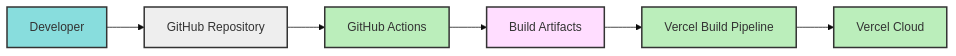
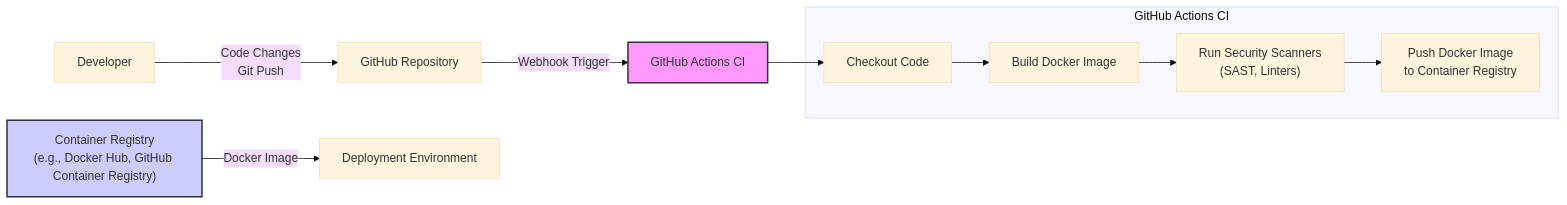
The fourth of 4 diagrams in examples/github-sec-design-screenshot-to-code-gemini-2.0-flash-thinking-exp.md (xvnpw/ai-security-analyzer), drawn with Mermaid (base theme) before and after one commit. The commit also changed other lines of this file and 102 other files, not shown here.

````diff
--- a/examples/github-sec-design-screenshot-to-code-gemini-2.0-flash-thinking-exp.md
+++ b/examples/github-sec-design-screenshot-to-code-gemini-2.0-flash-thinking-exp.md
@@ -258,15 +226,15 @@
 ```mermaid
-flowchart LR
-    A["Developer"]:::person --> B["GitHub Repository"]:::code_repo
-    B --> C["GitHub Actions"]:::ci_cd
-    C --> D["Build Artifacts"]:::artifact
-    D --> E["Vercel Build Pipeline"]:::deployment_pipeline
-    E --> F["Vercel Cloud"]:::deployment_env
-
-    classDef person fill:#8dd,stroke:#333,stroke-width:2px
-    classDef code_repo fill:#eee,stroke:#333,stroke-width:2px
-    classDef ci_cd fill:#beb,stroke:#333,stroke-width:2px
-    classDef artifact fill:#fdf,stroke:#333,stroke-width:2px
-    classDef deployment_pipeline fill:#beb,stroke:#333,stroke-width:2px
-    classDef deployment_env fill:#beb,stroke:#333,stroke-width:2px
+graph LR
+    A["Developer"] -- "Code Changes\nGit Push" --> B["GitHub Repository"]
+    B -- "Webhook Trigger" --> C["GitHub Actions CI"]
+    subgraph "GitHub Actions CI"
+        D["Checkout Code"]
+        E["Build Docker Image"]
+        F["Run Security Scanners\n(SAST, Linters)"]
+        G["Push Docker Image\nto Container Registry"]
+    end
+    C --> D --> E --> F --> G
+    H["Container Registry\n(e.g., Docker Hub, GitHub Container Registry)"] -- "Docker Image" --> I["Deployment Environment"]
+    style C fill:#f9f,stroke:#333,stroke-width:2px
+    style H fill:#ccf,stroke:#333,stroke-width:2px
 ```
````
